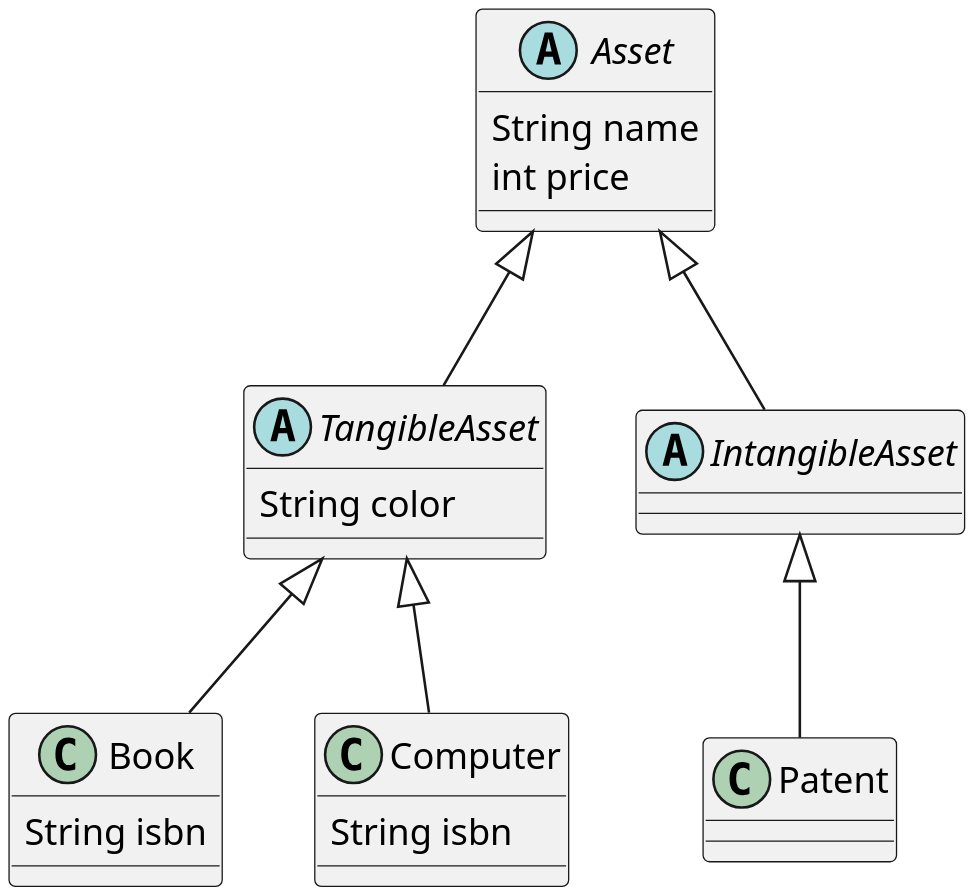
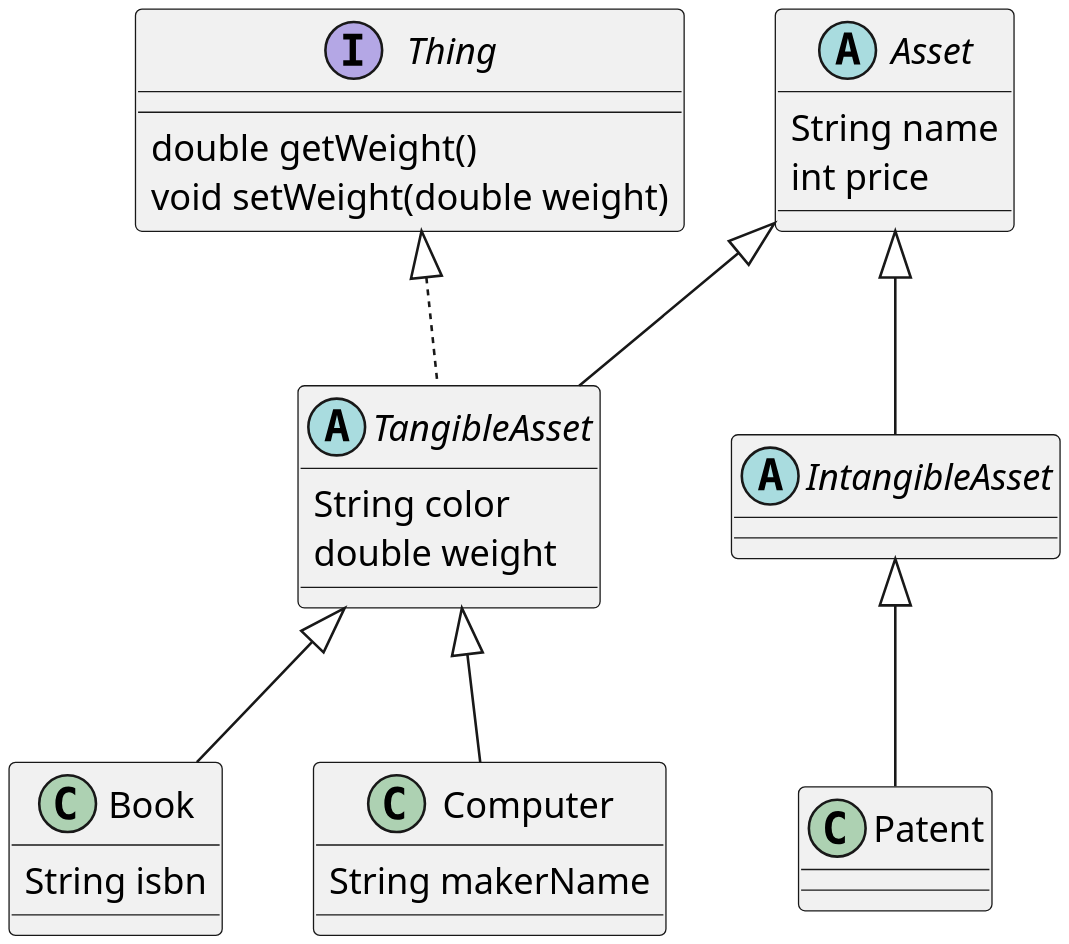
The diagram in src/main/java/com/survivalcoding/asset/asset.puml (SurvivalCodingCampus/polytech_java_study), drawn with PlantUML before and after one commit. The commit also changed 3 other files, not shown here.

```diff
--- a/src/main/java/com/survivalcoding/asset/asset.puml
+++ b/src/main/java/com/survivalcoding/asset/asset.puml
@@ -1,25 +1,31 @@
 @startuml
 scale 3
+
+interface Thing {
+    double getWeight()
+    void setWeight(double weight)
+}
 
 abstract class Asset {
     String name
     int price
 }
 
-abstract class TangibleAsset extends Asset {
+abstract class TangibleAsset extends Asset implements Thing {
     String color
+    double weight
 }
 
 class Book extends TangibleAsset {
     String isbn
 }
 
 class Computer extends TangibleAsset {
-    String isbn
+    String makerName
 }
 
 class Patent extends IntangibleAsset
 
 abstract class IntangibleAsset extends Asset {
 }
 @enduml
```
